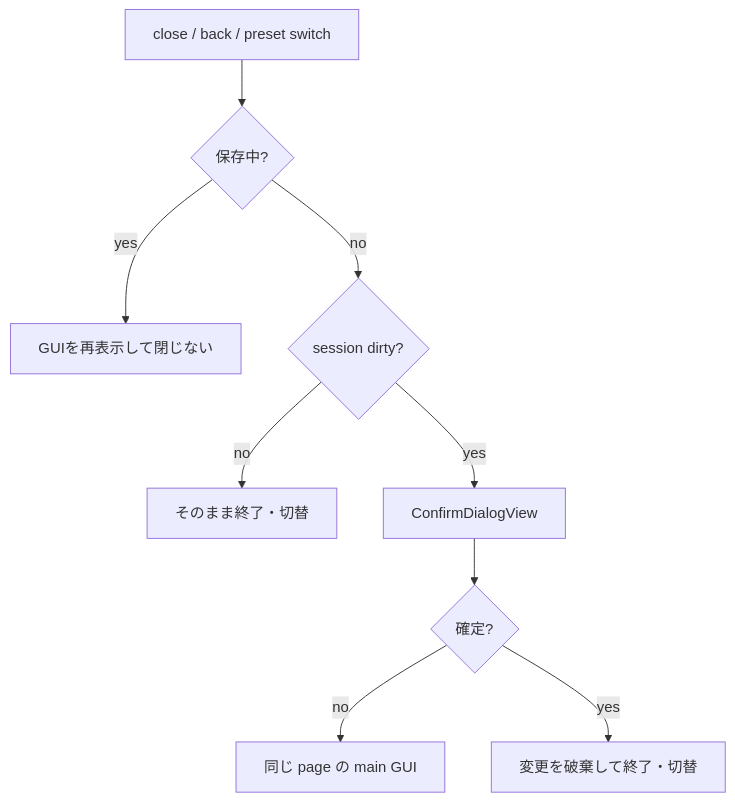
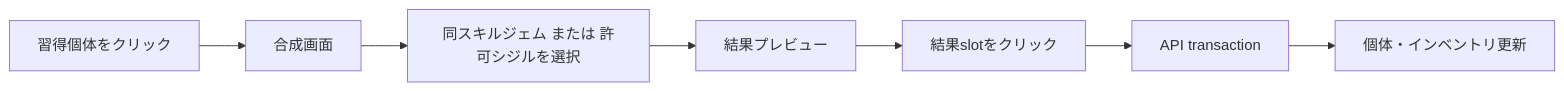
The third of 3 diagrams in 00_docs/10_Plugin設計書/feature/13-skill/4-統合フロー/13_4-スキルバインドGUI.md (maaasu/AstralRecord-Workspace), drawn with Mermaid before and after one commit. The commit also changed other lines of this file and 215 other files, not shown here.

````diff
--- a/00_docs/10_Plugin設計書/feature/13-skill/4-統合フロー/13_4-スキルバインドGUI.md
+++ b/00_docs/10_Plugin設計書/feature/13-skill/4-統合フロー/13_4-スキルバインドGUI.md
@@ -79,11 +55,9 @@
 ```mermaid
-flowchart TD
-    A[close / back / preset switch] --> B{保存中?}
-    B -- yes --> C[GUIを再表示して閉じない]
-    B -- no --> D{session dirty?}
-    D -- no --> E[そのまま終了・切替]
-    D -- yes --> F[ConfirmDialogView]
-    F --> G{確定?}
-    G -- no --> H[同じ page の main GUI]
-    G -- yes --> I[変更を破棄して終了・切替]
+flowchart LR
+    A[習得個体をクリック] --> B[合成画面]
+    B --> C[同スキルジェム または 許可シジルを選択]
+    C --> D[結果プレビュー]
+    D --> E[結果slotをクリック]
+    E --> F[API transaction]
+    F --> G[個体・インベントリ更新]
 ```
````
